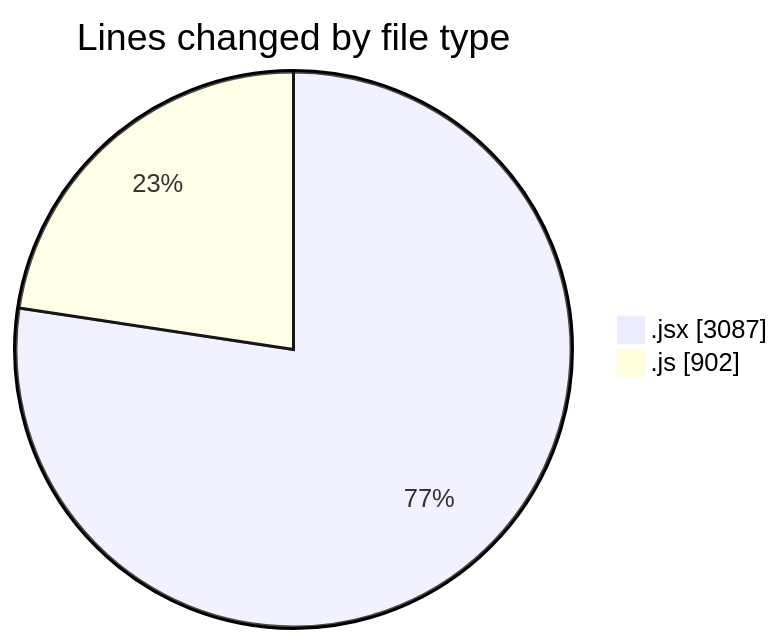
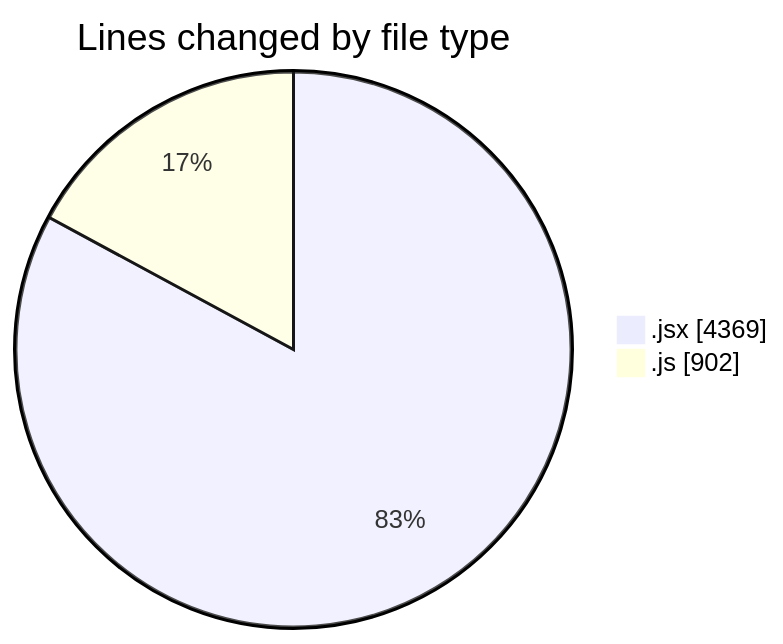
One commit to nxtqubesakshisongat/code-tracking changed the first of 2 diagrams in 2025-09-22/nxtqube_webapp/README.md. Above: the diagram before and after it, drawn with Mermaid. The commit also changed other lines of this file and 1 other file, not shown here.

````diff
--- a/2025-09-22/nxtqube_webapp/README.md
+++ b/2025-09-22/nxtqube_webapp/README.md
@@ -22,6 +25,6 @@
 ```mermaid
 pie showData
 title Lines changed by file type
-".jsx" : 3087
+".jsx" : 4369
 ".js" : 902
 ```
````
